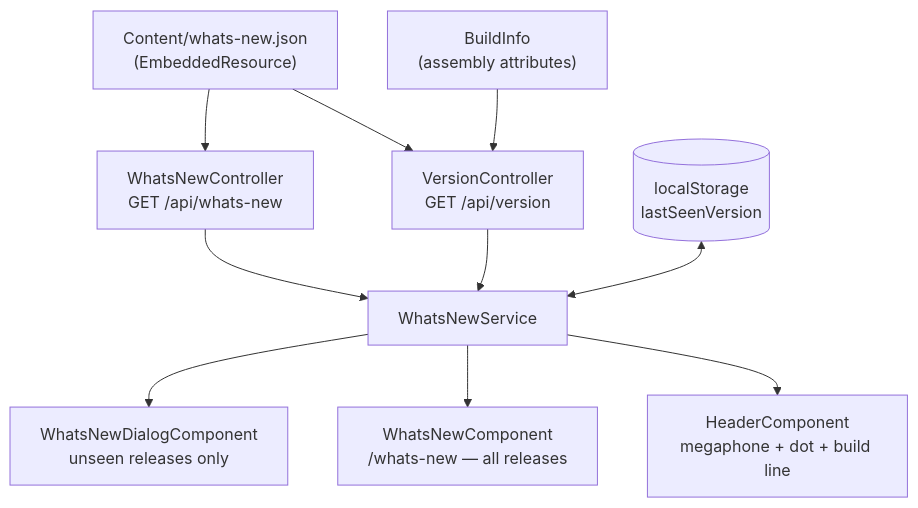
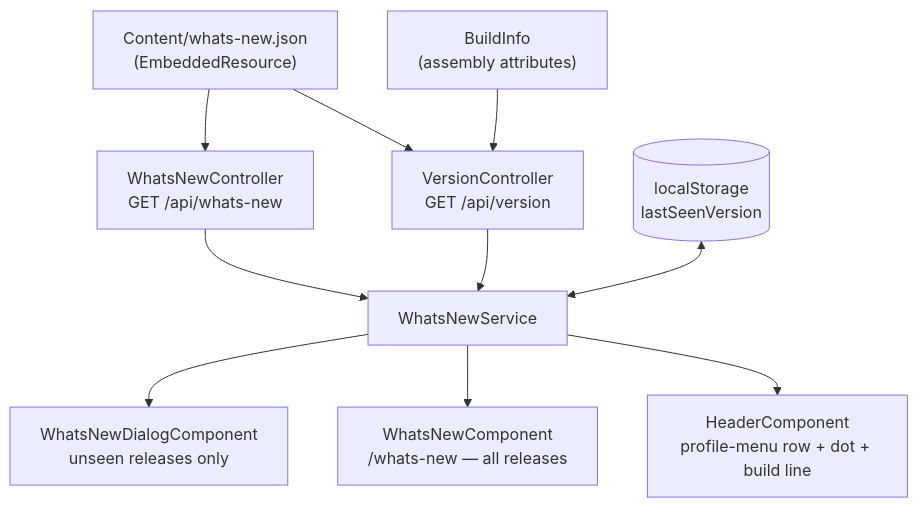
The diagram in docs/application-context/Whats New.md (GrosseLimace/origination), drawn with Mermaid before and after one commit. The commit also changed other lines of this file and 5 other files, not shown here.

````diff
--- a/docs/application-context/Whats New.md
+++ b/docs/application-context/Whats New.md
@@ -84,12 +83,12 @@
 ```mermaid
 flowchart TD
   JSON["Content/whats-new.json<br/>(EmbeddedResource)"] --> WNC[WhatsNewController<br/>GET /api/whats-new]
   JSON --> VC[VersionController<br/>GET /api/version]
   BI["BuildInfo<br/>(assembly attributes)"] --> VC
   WNC --> SVC[WhatsNewService]
   VC --> SVC
   SVC --> DLG[WhatsNewDialogComponent<br/>unseen releases only]
   SVC --> PAGE["WhatsNewComponent<br/>/whats-new — all releases"]
-  SVC --> HDR[HeaderComponent<br/>megaphone + dot + build line]
+  SVC --> HDR[HeaderComponent<br/>profile-menu row + dot + build line]
   LS[(localStorage<br/>lastSeenVersion)] <--> SVC
 ```
````
